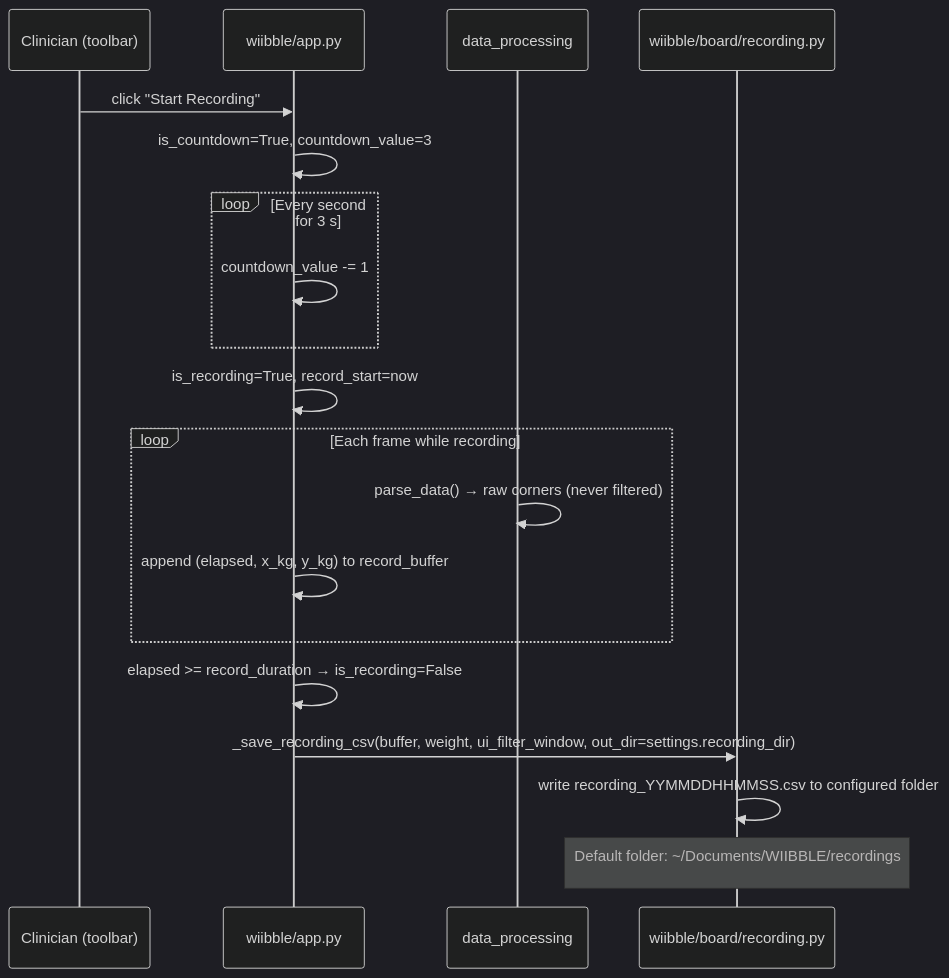
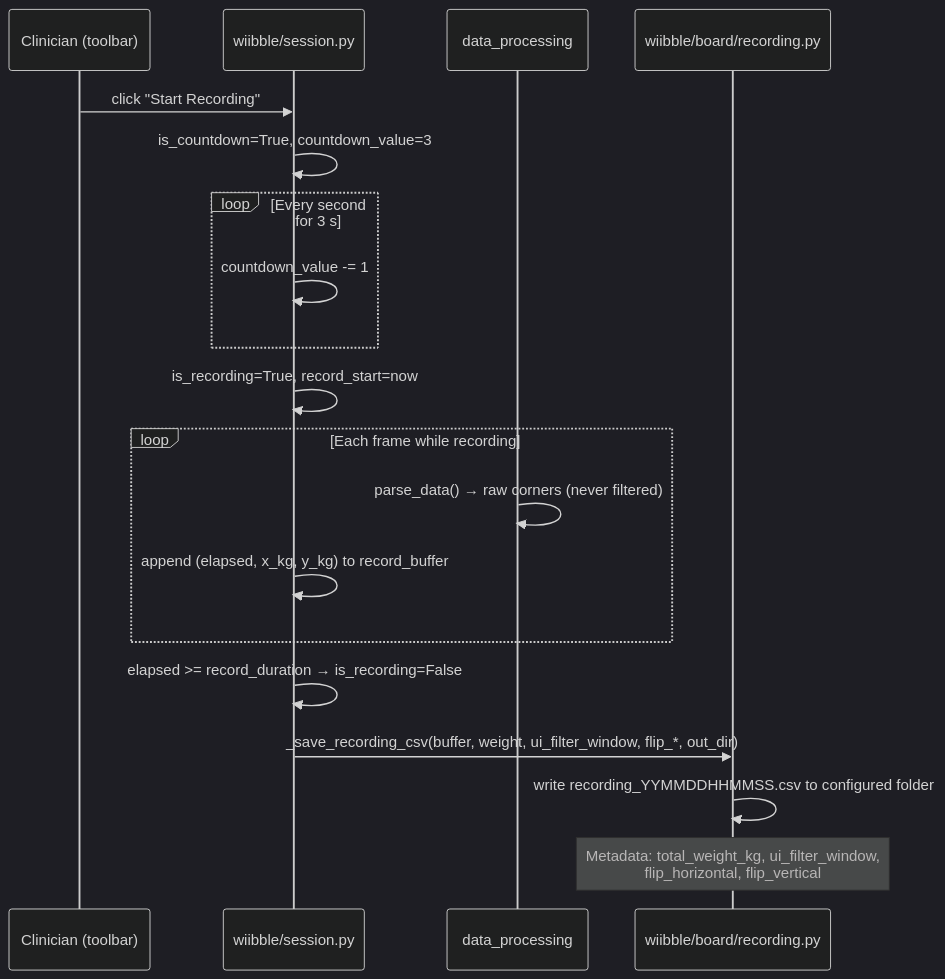
One commit to NeuroRehack/WIIBBLE changed the fifth of 7 diagrams in docs/dev/architecture.md. Above: the diagram before and after it, drawn with Mermaid (dark theme). The commit also changed other lines of this file and 9 other files, not shown here.

````diff
--- a/docs/dev/architecture.md
+++ b/docs/dev/architecture.md
@@ -142,24 +233,24 @@
 ```mermaid
 sequenceDiagram
     participant cli as Clinician (toolbar)
-    participant app as wiibble/app.py
+    participant session as wiibble/session.py
     participant dp as data_processing
     participant rec as wiibble/board/recording.py
 
-    cli->>app: click "Start Recording"
-    app->>app: is_countdown=True, countdown_value=3
+    cli->>session: click "Start Recording"
+    session->>session: is_countdown=True, countdown_value=3
     loop Every second for 3 s
-        app->>app: countdown_value -= 1
+        session->>session: countdown_value -= 1
     end
-    app->>app: is_recording=True, record_start=now
+    session->>session: is_recording=True, record_start=now
 
     loop Each frame while recording
         dp->>dp: parse_data() → raw corners (never filtered)
-        app->>app: append (elapsed, x_kg, y_kg) to record_buffer
+        session->>session: append (elapsed, x_kg, y_kg) to record_buffer
     end
 
-    app->>app: elapsed >= record_duration → is_recording=False
-    app->>rec: _save_recording_csv(buffer, weight, ui_filter_window, out_dir=settings.recording_dir)
+    session->>session: elapsed >= record_duration → is_recording=False
+    session->>rec: _save_recording_csv(buffer, weight, ui_filter_window, flip_*, out_dir)
     rec->>rec: write recording_YYMMDDHHMMSS.csv to configured folder
-    Note over rec: Default folder: ~/Documents/WIIBBLE/recordings<br/># total_weight_kg, # ui_filter_window metadata comments
+    Note over rec: Metadata: total_weight_kg, ui_filter_window,<br/>flip_horizontal, flip_vertical
 ```
````
